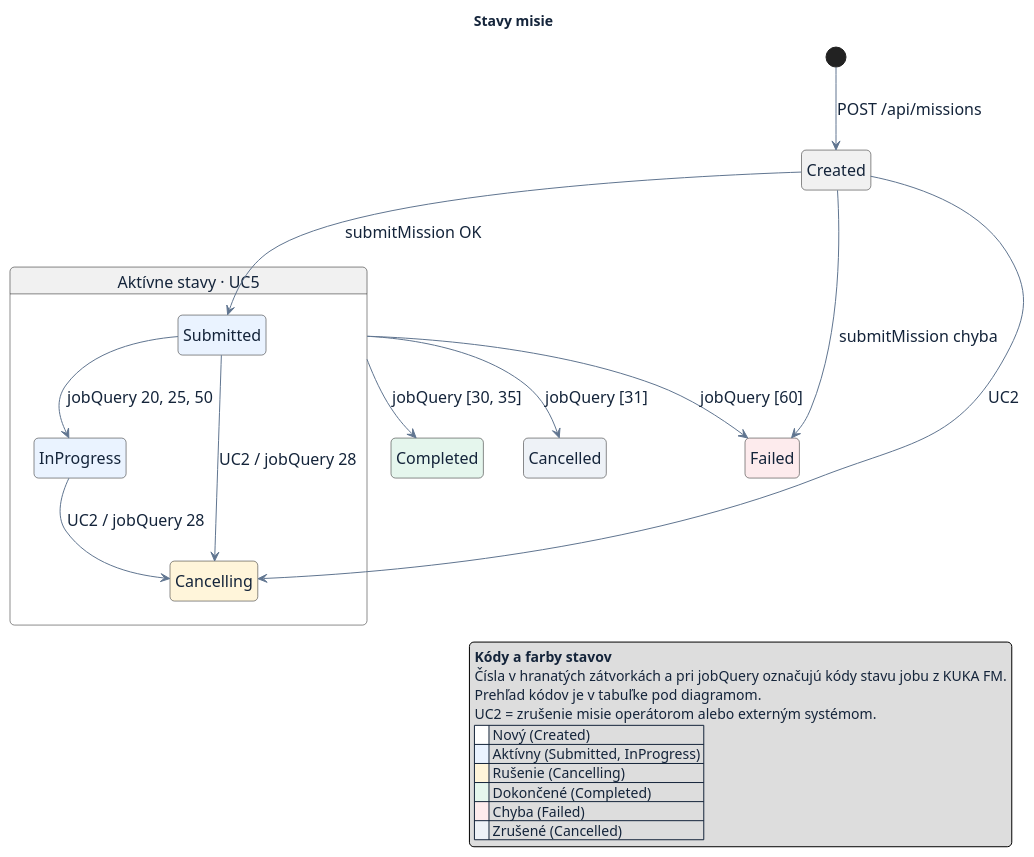
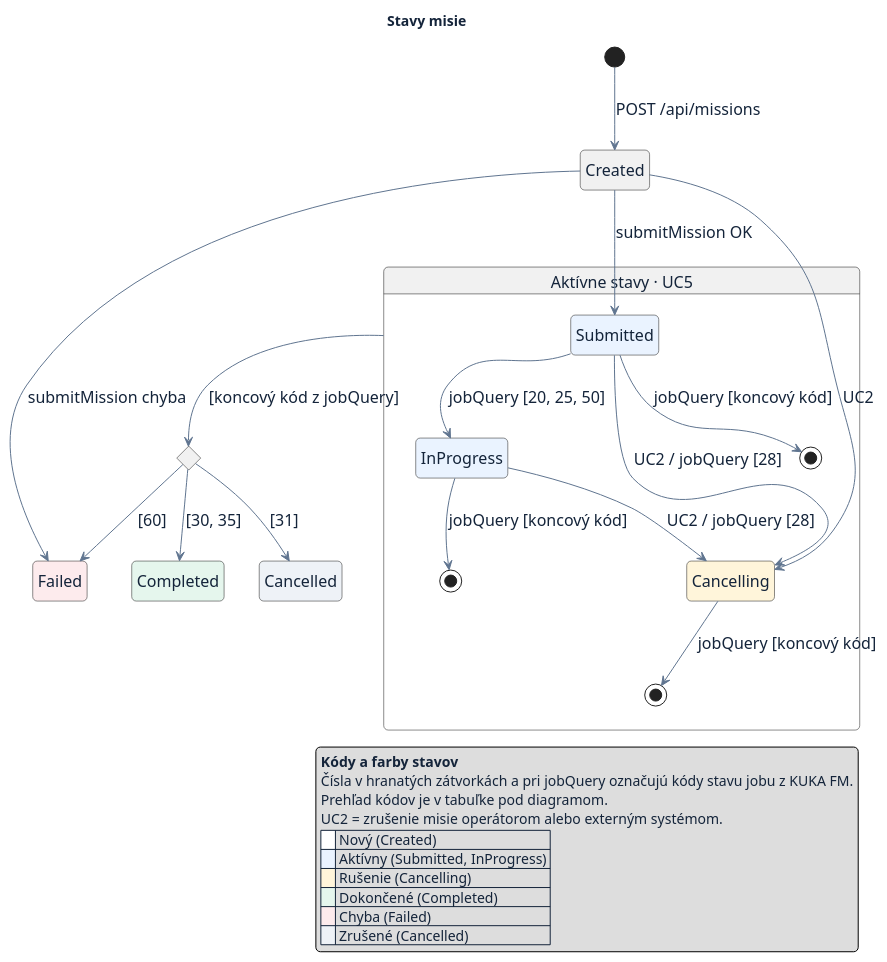
Before and after one commit to McLehotsky/kuka-middleware: the diagram in documentation/diagrams/5-stavy-misie.puml, drawn with PlantUML. The commit also changed 7 other files, not shown here.

Commit message:
Replace the Mermaid ERD with an as-built diagram and show exits from every active state (Epic)

```diff
--- a/documentation/diagrams/5-stavy-misie.puml
+++ b/documentation/diagrams/5-stavy-misie.puml
@@ -1,40 +1,48 @@
 @startuml
 skinparam shadowing false
 skinparam defaultFontName Segoe UI
 skinparam defaultFontColor #14243A
 skinparam defaultFontSize 16
 skinparam ArrowColor #607590
 skinparam roundCorner 9
 title Stavy misie
 hide empty description
 state "Aktívne stavy · UC5" as Active {
   state Submitted #EAF3FF
   state InProgress #EAF3FF
   state Cancelling #FFF5DA
-  Submitted --> InProgress : jobQuery 20, 25, 50
-  Submitted --> Cancelling : UC2 / jobQuery 28
-  InProgress --> Cancelling : UC2 / jobQuery 28
+  Submitted --> InProgress : jobQuery [20, 25, 50]
+  Submitted --> Cancelling : UC2 / jobQuery [28]
+  InProgress --> Cancelling : UC2 / jobQuery [28]
+  state SubmittedEnd <<end>>
+  state InProgressEnd <<end>>
+  state CancellingEnd <<end>>
+  Submitted --> SubmittedEnd : jobQuery [koncový kód]
+  InProgress --> InProgressEnd : jobQuery [koncový kód]
+  Cancelling --> CancellingEnd : jobQuery [koncový kód]
 }
 state Failed #FDEBED
 state Completed #E5F6ED
 state Cancelled #EEF2F7
 [*] --> Created : POST /api/missions
 Created --> Submitted : submitMission OK
 Created --> Cancelling : UC2
 Created --> Failed : submitMission chyba
-Active --> Completed : jobQuery [30, 35]
-Active --> Cancelled : jobQuery [31]
-Active --> Failed : jobQuery [60]
+state FinalCode <<choice>>
+Active --> FinalCode : [koncový kód z jobQuery]
+FinalCode --> Completed : [30, 35]
+FinalCode --> Cancelled : [31]
+FinalCode --> Failed : [60]
 legend bottom right
   <b>Kódy a farby stavov</b>
 Čísla v hranatých zátvorkách a pri jobQuery označujú kódy stavu jobu z KUKA FM.
 Prehľad kódov je v tabuľke pod diagramom.
 UC2 = zrušenie misie operátorom alebo externým systémom.
   |<#FFFFFF>    | Nový (Created) |
   |<#EAF3FF>    | Aktívny (Submitted, InProgress) |
   |<#FFF5DA>    | Rušenie (Cancelling) |
   |<#E5F6ED>    | Dokončené (Completed) |
   |<#FDEBED>    | Chyba (Failed) |
   |<#EEF2F7>    | Zrušené (Cancelled) |
 endlegend
 @enduml
```
